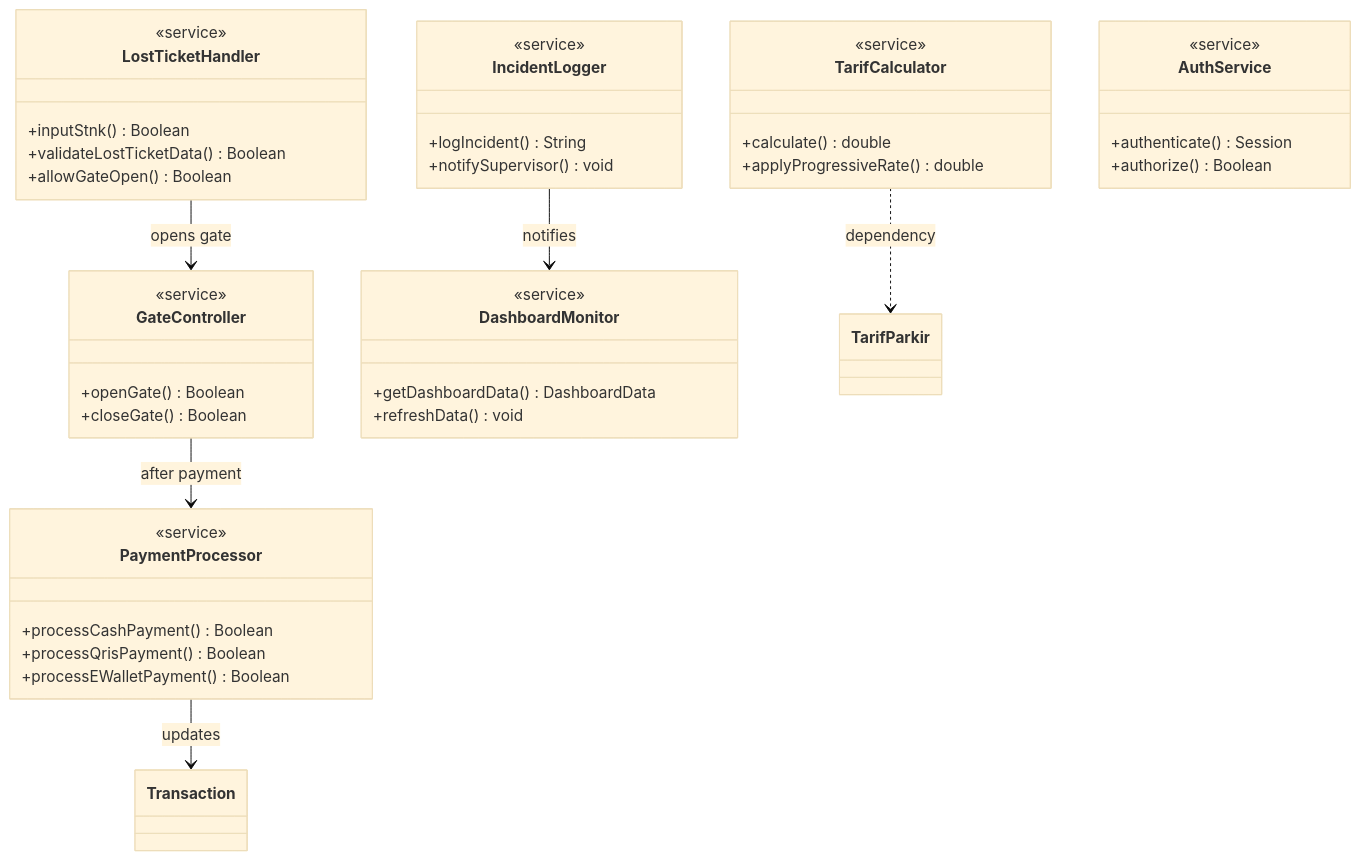
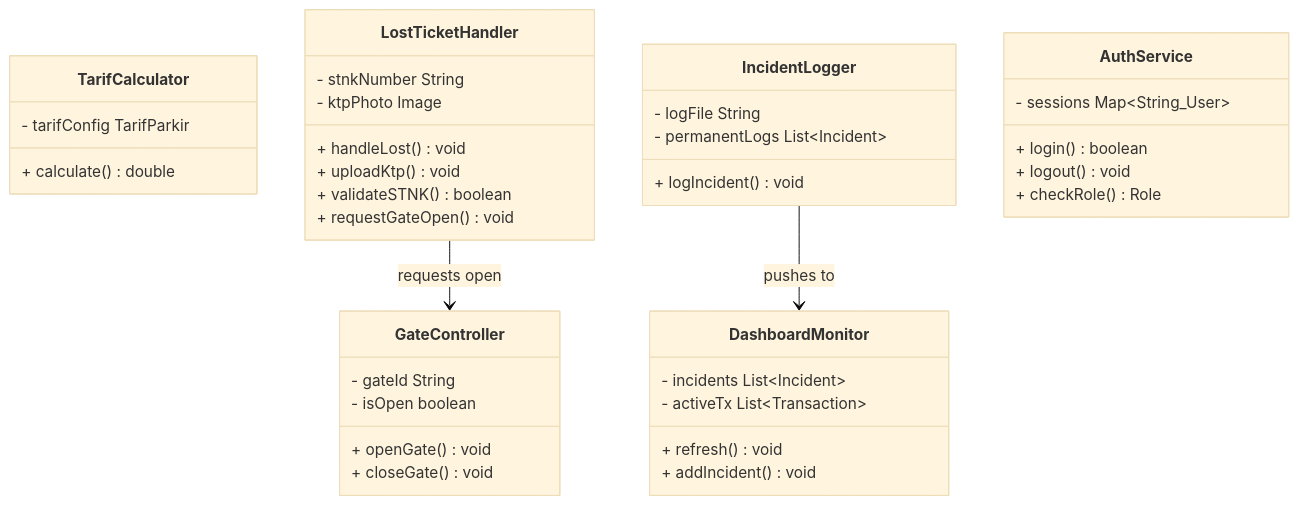
One commit to poggufanz/mkk-app changed the second of 2 diagrams in docs/laporan_class_diagram.md. Above: the diagram before and after it, drawn with Mermaid (base theme). The commit also changed other lines of this file and 34 other files, not shown here.

First line of the commit message:
refactor: align codebase and documentation with new class diagram architecture

````diff
--- a/docs/laporan_class_diagram.md
+++ b/docs/laporan_class_diagram.md
@@ -479,54 +386,48 @@
 ```mermaid
 classDiagram
     direction TB
 
     class TarifCalculator {
-        <<service>>
-        +calculate() double
-        +applyProgressiveRate() double
+        - tarifConfig TarifParkir
+        + calculate() double
     }
 
     class GateController {
-        <<service>>
-        +openGate() Boolean
-        +closeGate() Boolean
+        - gateId String
+        - isOpen boolean
+        + openGate() void
+        + closeGate() void
     }
 
     class LostTicketHandler {
-        <<service>>
-        +inputStnk() Boolean
-        +validateLostTicketData() Boolean
-        +allowGateOpen() Boolean
+        - stnkNumber String
+        - ktpPhoto Image
+        + handleLost() void
+        + uploadKtp() void
+        + validateSTNK() boolean
+        + requestGateOpen() void
     }
 
     class DashboardMonitor {
-        <<service>>
-        +getDashboardData() DashboardData
-        +refreshData() void
+        - incidents List~Incident~
+        - activeTx List~Transaction~
+        + refresh() void
+        + addIncident() void
     }
 
     class IncidentLogger {
-        <<service>>
-        +logIncident() String
-        +notifySupervisor() void
-    }
-
-    class PaymentProcessor {
-        <<service>>
-        +processCashPayment() Boolean
-        +processQrisPayment() Boolean
-        +processEWalletPayment() Boolean
+        - logFile String
+        - permanentLogs List~Incident~
+        + logIncident() void
     }
 
     class AuthService {
-        <<service>>
-        +authenticate() Session
-        +authorize() Boolean
+        - sessions Map~String_User~
+        + login() boolean
+        + logout() void
+        + checkRole() Role
     }
 
-    TarifCalculator ..> TarifParkir : dependency
-    LostTicketHandler --> GateController : opens gate
-    IncidentLogger --> DashboardMonitor : notifies
-    GateController --> PaymentProcessor : after payment
-    PaymentProcessor --> Transaction : updates
+    LostTicketHandler --> GateController : requests open
+    IncidentLogger --> DashboardMonitor : pushes to
 ```
````
